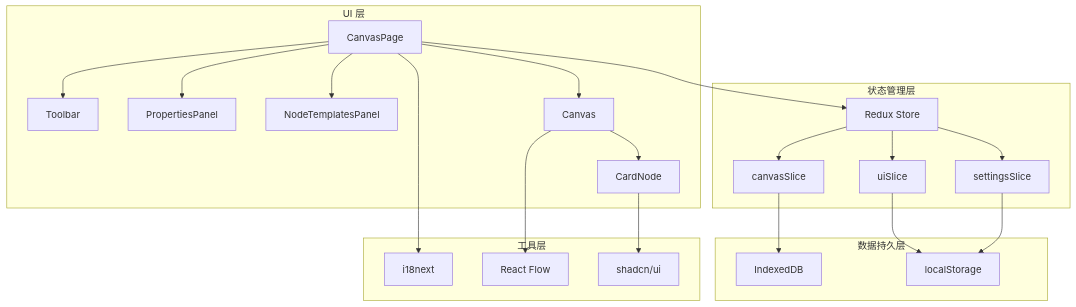
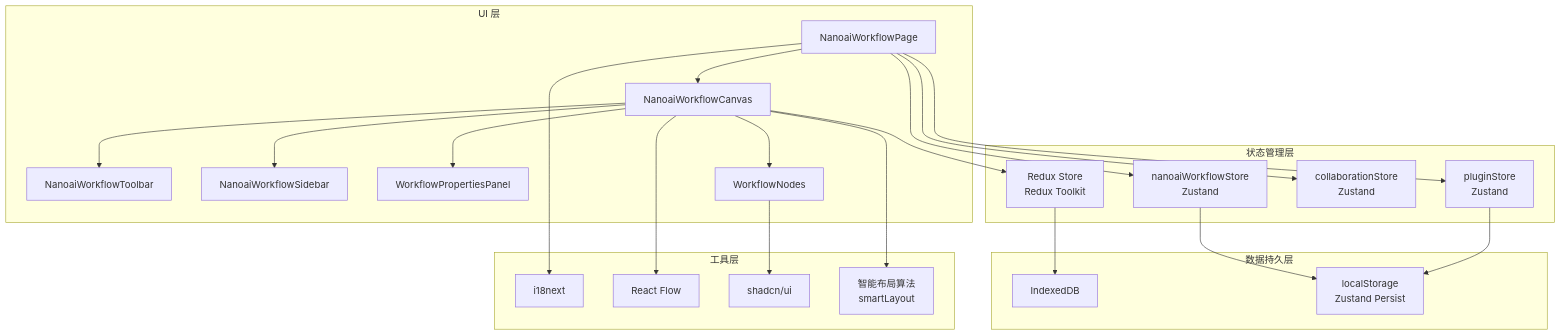
Before and after one commit to changzhi777/NanoAiCanvas_workflow: the first of 4 diagrams in CLAUDE.md, drawn with Mermaid. The commit also changed other lines of this file and 73 other files, not shown here.

````diff
--- a/CLAUDE.md
+++ b/CLAUDE.md
@@ -87,48 +106,50 @@
 ```mermaid
 graph TB
     subgraph "UI 层"
-        A[CanvasPage]
-        B[Toolbar]
-        C[PropertiesPanel]
-        D[NodeTemplatesPanel]
-        E[Canvas]
-        F[CardNode]
+        A[NanoaiWorkflowPage]
+        B[NanoaiWorkflowCanvas]
+        C[NanoaiWorkflowToolbar]
+        D[NanoaiWorkflowSidebar]
+        E[WorkflowPropertiesPanel]
+        F[WorkflowNodes]
     end
 
     subgraph "状态管理层"
-        G[Redux Store]
-        H[canvasSlice]
-        I[uiSlice]
-        J[settingsSlice]
+        G[nanoaiWorkflowStore<br/>Zustand]
+        H[pluginStore<br/>Zustand]
+        I[collaborationStore<br/>Zustand]
+        J[Redux Store<br/>Redux Toolkit]
     end
 
     subgraph "数据持久层"
         K[IndexedDB]
-        L[localStorage]
+        L[localStorage<br/>Zustand Persist]
     end
 
     subgraph "工具层"
         M[i18next]
         N[React Flow]
         O[shadcn/ui]
+        P[智能布局算法<br/>smartLayout]
     end
 
     A --> B
-    A --> C
-    A --> D
-    A --> E
-    E --> F
-    E --> N
+    B --> C
+    B --> D
+    B --> E
+    B --> F
     F --> O
 
     A --> G
-    G --> H
-    G --> I
-    G --> J
+    A --> H
+    A --> I
+    B --> J
 
-    H --> K
-    I --> L
-    J --> L
+    G --> L
+    H --> L
+    J --> K
 
     A --> M
+    B --> N
+    B --> P
 ```
````
